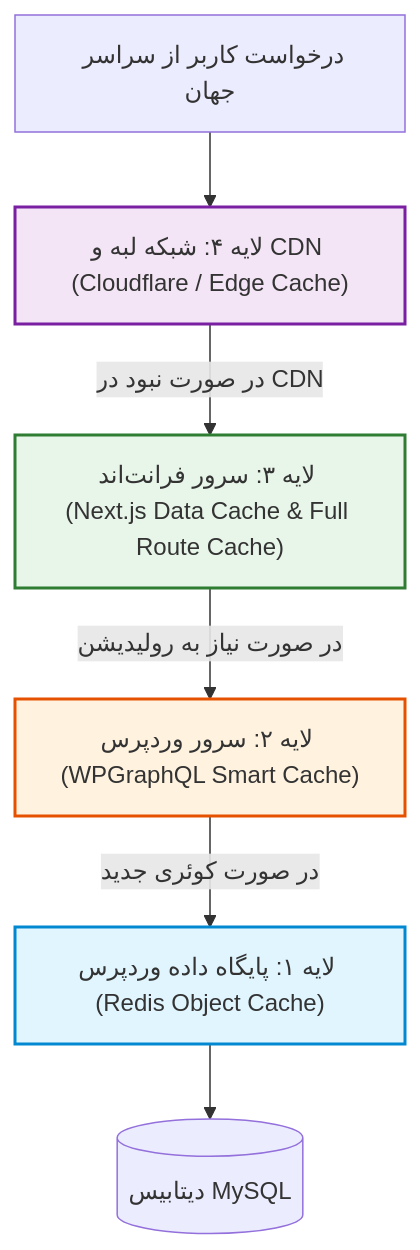
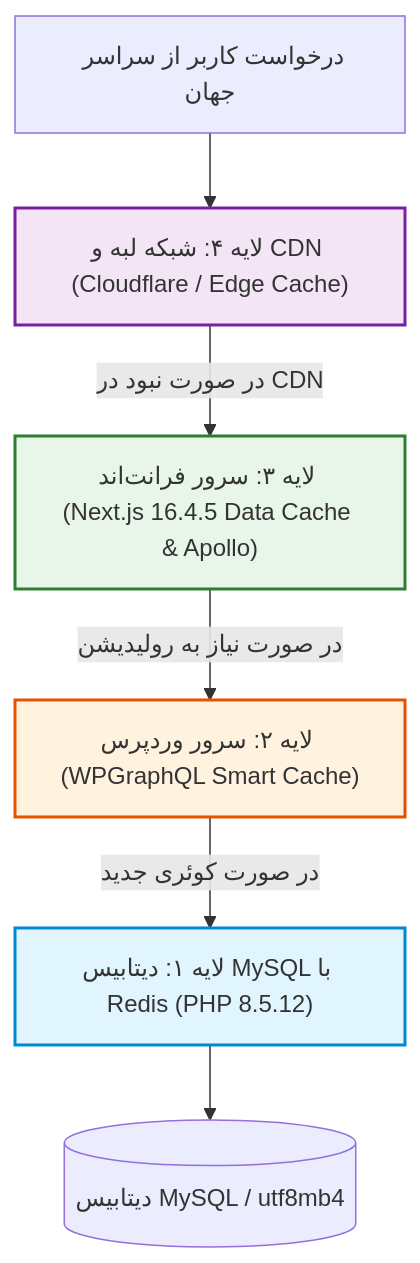
Before and after one commit to herehossein/headlessWP-nextJS: the diagram in book/14-performance-caching-production.md, drawn with Mermaid. The commit also changed other lines of this file and 1 other file, not shown here.

````diff
--- a/book/14-performance-caching-production.md
+++ b/book/14-performance-caching-production.md
@@ -42,13 +13,13 @@
 ```mermaid
 flowchart TD
     User["درخواست کاربر از سراسر جهان"] --> Layer4["لایه ۴: شبکه لبه و CDN (Cloudflare / Edge Cache)"]
-    Layer4 -->|"در صورت نبود در CDN"| Layer3["لایه ۳: سرور فرانت‌اند (Next.js Data Cache & Full Route Cache)"]
+    Layer4 -->|"در صورت نبود در CDN"| Layer3["لایه ۳: سرور فرانت‌اند (Next.js 16.4.5 Data Cache & Apollo)"]
     Layer3 -->|"در صورت نیاز به رولیدیشن"| Layer2["لایه ۲: سرور وردپرس (WPGraphQL Smart Cache)"]
-    Layer2 -->|"در صورت کوئری جدید"| Layer1["لایه ۱: پایگاه داده وردپرس (Redis Object Cache)"]
-    Layer1 --> MySQL[(دیتابیس MySQL)]
+    Layer2 -->|"در صورت کوئری جدید"| Layer1["لایه ۱: دیتابیس MySQL با Redis (PHP 8.5.12)"]
+    Layer1 --> MySQL[(دیتابیس MySQL / utf8mb4)]
 
     style Layer4 fill:#f3e5f5,stroke:#7b1fa2,stroke-width:2px
     style Layer3 fill:#e8f5e9,stroke:#2e7d32,stroke-width:2px
     style Layer2 fill:#fff3e0,stroke:#e65100,stroke-width:2px
     style Layer1 fill:#e1f5fe,stroke:#0288d1,stroke-width:2px
 ```
````
